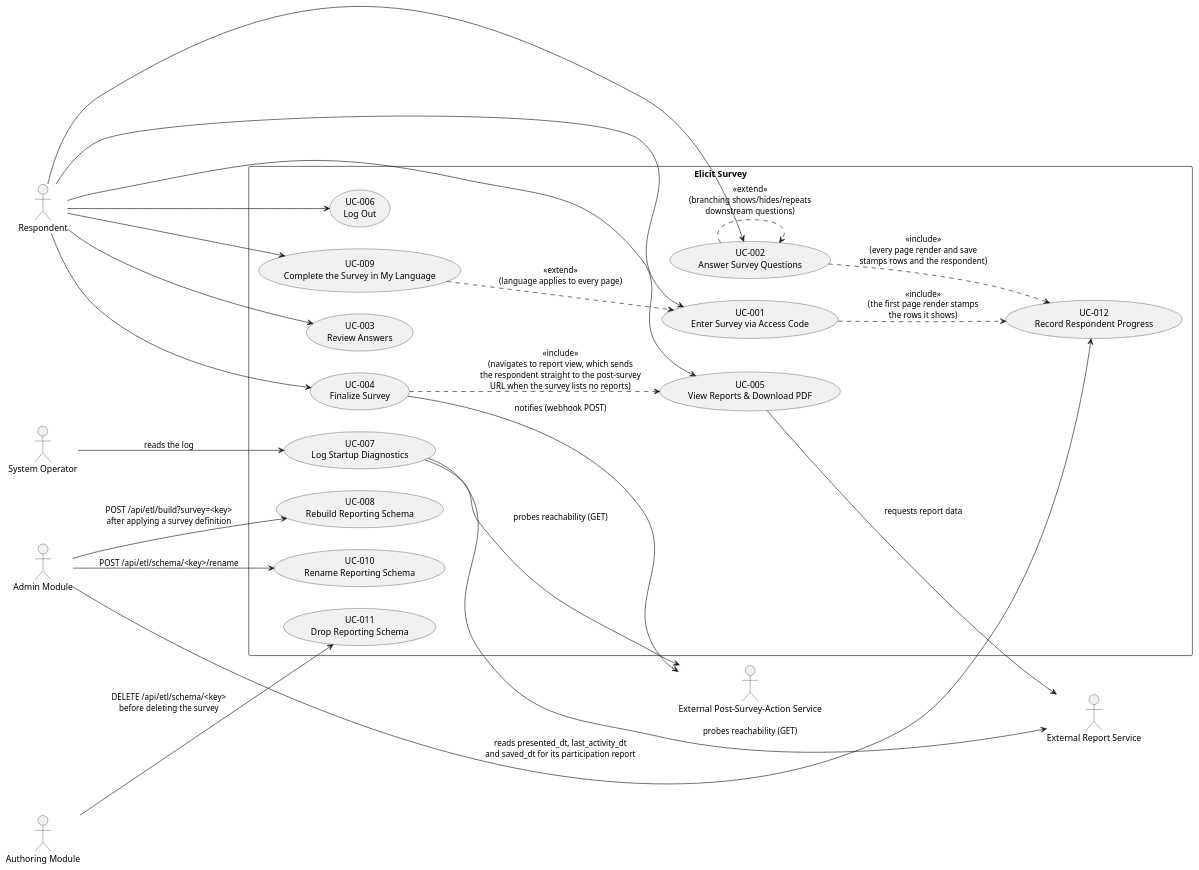
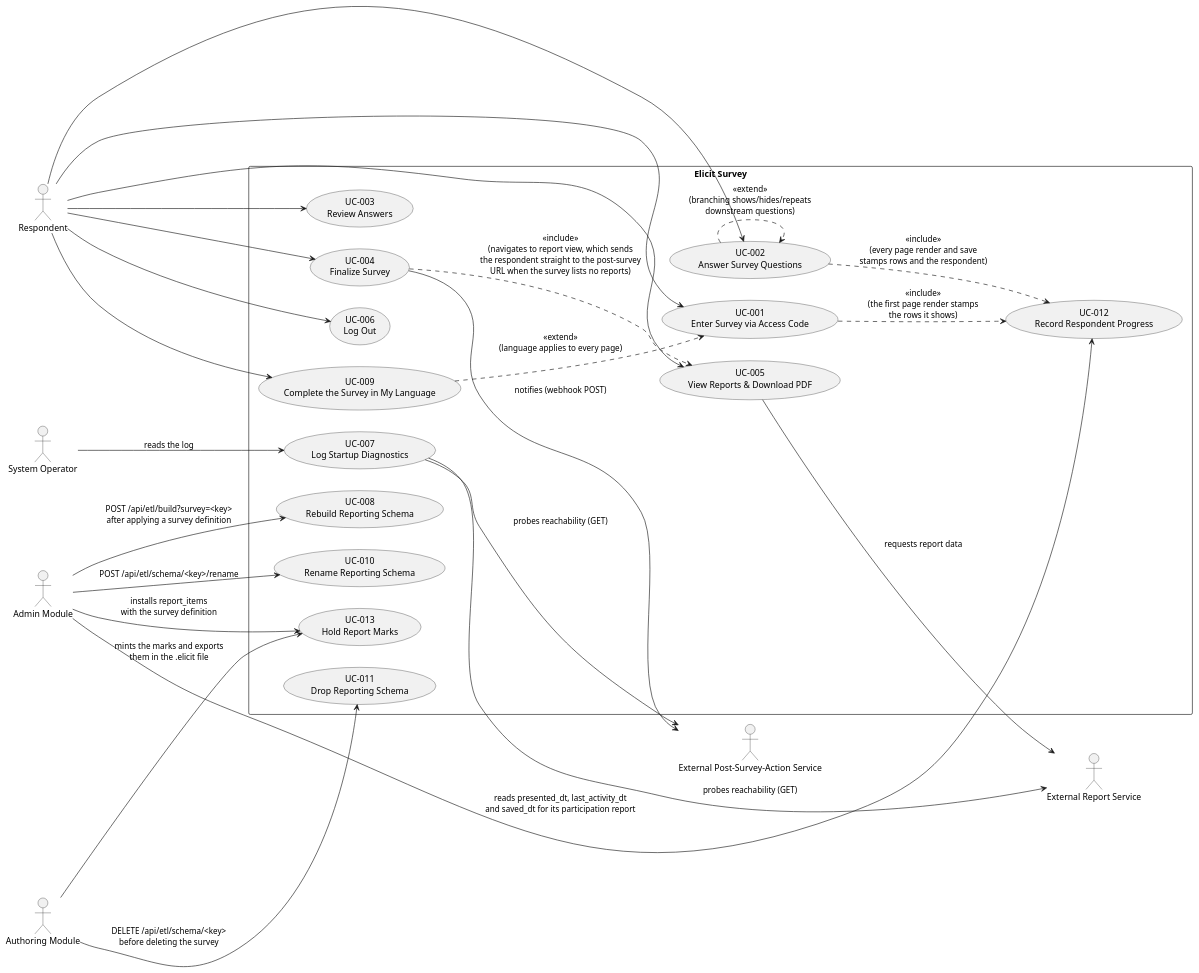
One commit to ElicitSoftware/Survey changed the diagram in docs/use_cases.puml. Above: the diagram before and after it, drawn with PlantUML. The commit also changed 6 other files, not shown here.

First line of the commit message:
Hold report marks: survey.report_items and its translation hook (UC-013)

```diff
--- a/docs/use_cases.puml
+++ b/docs/use_cases.puml
@@ -1,51 +1,54 @@
 @startuml
 left to right direction
 skinparam packageStyle rectangle
 
 actor "Respondent" as Respondent
 actor "External Report Service" as ReportSvc
 actor "External Post-Survey-Action Service" as PsaSvc
 actor "System Operator" as Operator
 actor "Admin Module" as AdminApp
 actor "Authoring Module" as AuthorApp
 
 rectangle "Elicit Survey" {
   usecase "UC-001\nEnter Survey via Access Code" as UC001
   usecase "UC-002\nAnswer Survey Questions" as UC002
   usecase "UC-003\nReview Answers" as UC003
   usecase "UC-004\nFinalize Survey" as UC004
   usecase "UC-005\nView Reports & Download PDF" as UC005
   usecase "UC-006\nLog Out" as UC006
   usecase "UC-007\nLog Startup Diagnostics" as UC007
   usecase "UC-008\nRebuild Reporting Schema" as UC008
   usecase "UC-009\nComplete the Survey in My Language" as UC009
   usecase "UC-010\nRename Reporting Schema" as UC010
   usecase "UC-011\nDrop Reporting Schema" as UC011
   usecase "UC-012\nRecord Respondent Progress" as UC012
+  usecase "UC-013\nHold Report Marks" as UC013
 }
 
 Respondent --> UC001
 Respondent --> UC002
 Respondent --> UC003
 Respondent --> UC004
 Respondent --> UC005
 Respondent --> UC006
 Operator --> UC007 : reads the log
 AdminApp --> UC008 : POST /api/etl/build?survey=<key>\nafter applying a survey definition
 AdminApp --> UC010 : POST /api/etl/schema/<key>/rename
 AuthorApp --> UC011 : DELETE /api/etl/schema/<key>\nbefore deleting the survey
 Respondent --> UC009
 AdminApp --> UC012 : reads presented_dt, last_activity_dt\nand saved_dt for its participation report
+AdminApp --> UC013 : installs report_items\nwith the survey definition
+AuthorApp --> UC013 : mints the marks and exports\nthem in the .elicit file
 
 UC004 ..> UC005 : <<include>>\n(navigates to report view, which sends\nthe respondent straight to the post-survey\nURL when the survey lists no reports)
 UC009 ..> UC001 : <<extend>>\n(language applies to every page)
 UC002 ..> UC002 : <<extend>>\n(branching shows/hides/repeats\ndownstream questions)
 UC001 ..> UC012 : <<include>>\n(the first page render stamps\nthe rows it shows)
 UC002 ..> UC012 : <<include>>\n(every page render and save\nstamps rows and the respondent)
 
 UC004 --> PsaSvc : notifies (webhook POST)
 UC005 --> ReportSvc : requests report data
 UC007 --> ReportSvc : probes reachability (GET)
 UC007 --> PsaSvc : probes reachability (GET)
 
 @enduml
```
